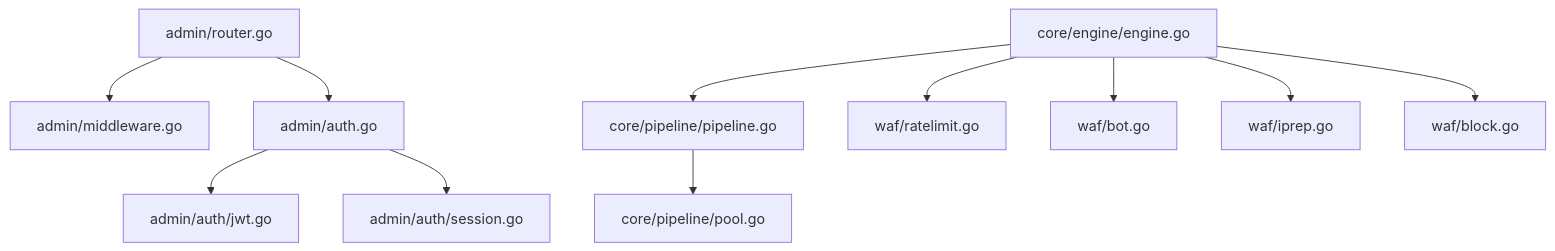
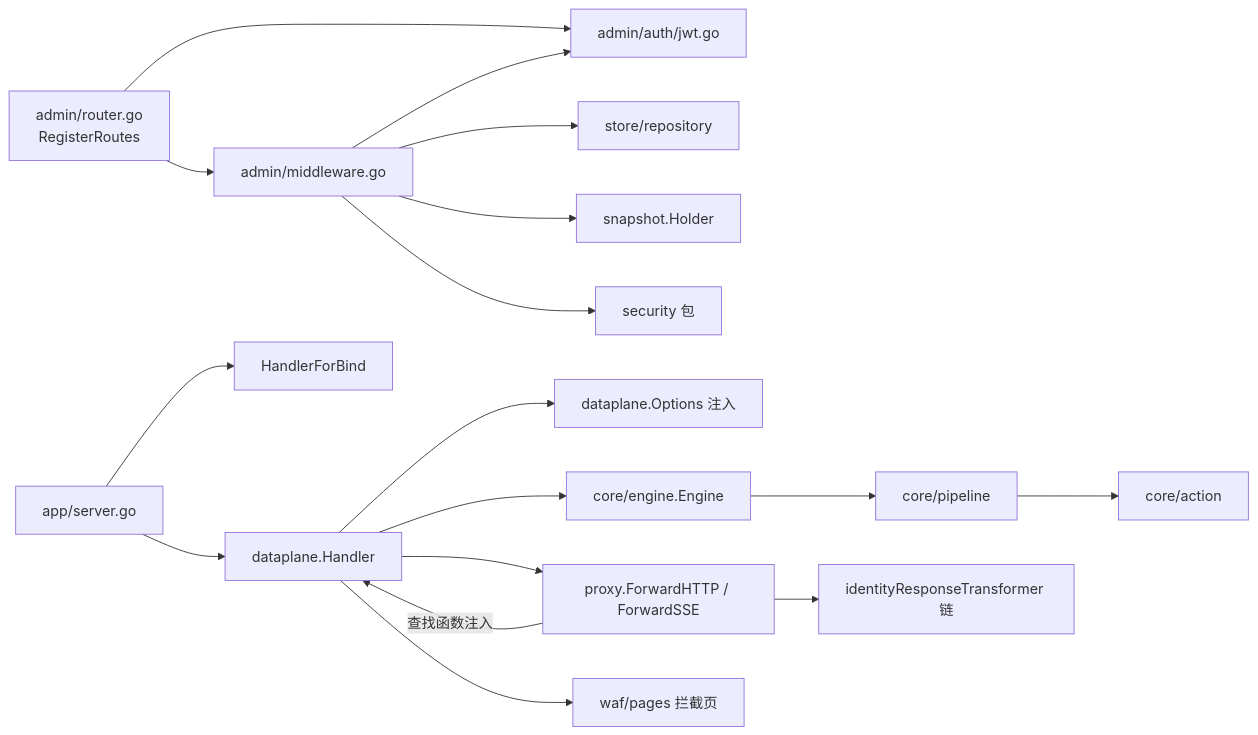
Before and after one commit to x01n/My-OpenWaf: the fourth of 4 diagrams in docs/扩展与插件系统/中间件开发.md, drawn with Mermaid. The commit also changed other lines of this file and 622 other files, not shown here.

````diff
--- a/docs/扩展与插件系统/中间件开发.md
+++ b/docs/扩展与插件系统/中间件开发.md
@@ -372,13 +584,19 @@
 ```mermaid
-graph TB
-Router["admin/router.go"] --> MW["admin/middleware.go"]
-Router --> HAuth["admin/auth.go"]
-HAuth --> JWT["admin/auth/jwt.go"]
-HAuth --> Sess["admin/auth/session.go"]
-Engine["core/engine/engine.go"] --> Pipe["core/pipeline/pipeline.go"]
-Pipe --> Pool["core/pipeline/pool.go"]
-Engine --> RL["waf/ratelimit.go"]
-Engine --> Bot["waf/bot.go"]
-Engine --> IP["waf/iprep.go"]
-Engine --> Block["waf/block.go"]
+graph LR
+  RT["admin/router.go<br/>RegisterRoutes"] --> MW["admin/middleware.go"]
+  RT --> AUTHP["admin/auth/jwt.go"]
+  MW --> AUTHP
+  MW --> REPO["store/repository"]
+  MW --> SNAP["snapshot.Holder"]
+  MW --> SEC["security 包"]
+  SRV["app/server.go"] --> DP["dataplane.Handler"]
+  SRV --> HFW["HandlerForBind"]
+  DP --> OPT["dataplane.Options 注入"]
+  DP --> ENG["core/engine.Engine"]
+  ENG --> PIPE["core/pipeline"]
+  PIPE --> ACT["core/action"]
+  DP --> PX["proxy.ForwardHTTP / ForwardSSE"]
+  PX -->|查找函数注入| DP
+  PX --> TR["identityResponseTransformer 链"]
+  DP --> PAGE["waf/pages 拦截页"]
 ```
````
